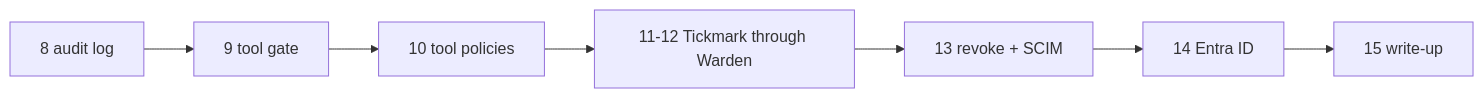
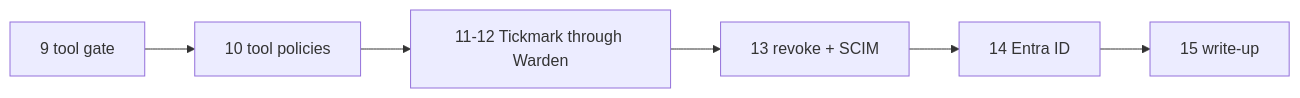
One commit to musishere/Warden-tickmark changed diagram 16 of 16 in warden/docs/how-it-works.md. Above: the diagram before and after it, drawn with Mermaid. The commit also changed other lines of this file and 11 other files, not shown here.

Commit message:
feat: Add append-only audit log and GET /audit (step 8)

````diff
--- a/warden/docs/how-it-works.md
+++ b/warden/docs/how-it-works.md
@@ -507,4 +561,4 @@
 ```mermaid
 flowchart LR
-    s8[8 audit log] --> s9[9 tool gate] --> s10[10 tool policies] --> s11[11-12 Tickmark through Warden] --> s13[13 revoke + SCIM] --> s14[14 Entra ID] --> s15[15 write-up]
+    s9[9 tool gate] --> s10[10 tool policies] --> s11[11-12 Tickmark through Warden] --> s13[13 revoke + SCIM] --> s14[14 Entra ID] --> s15[15 write-up]
 ```
````
